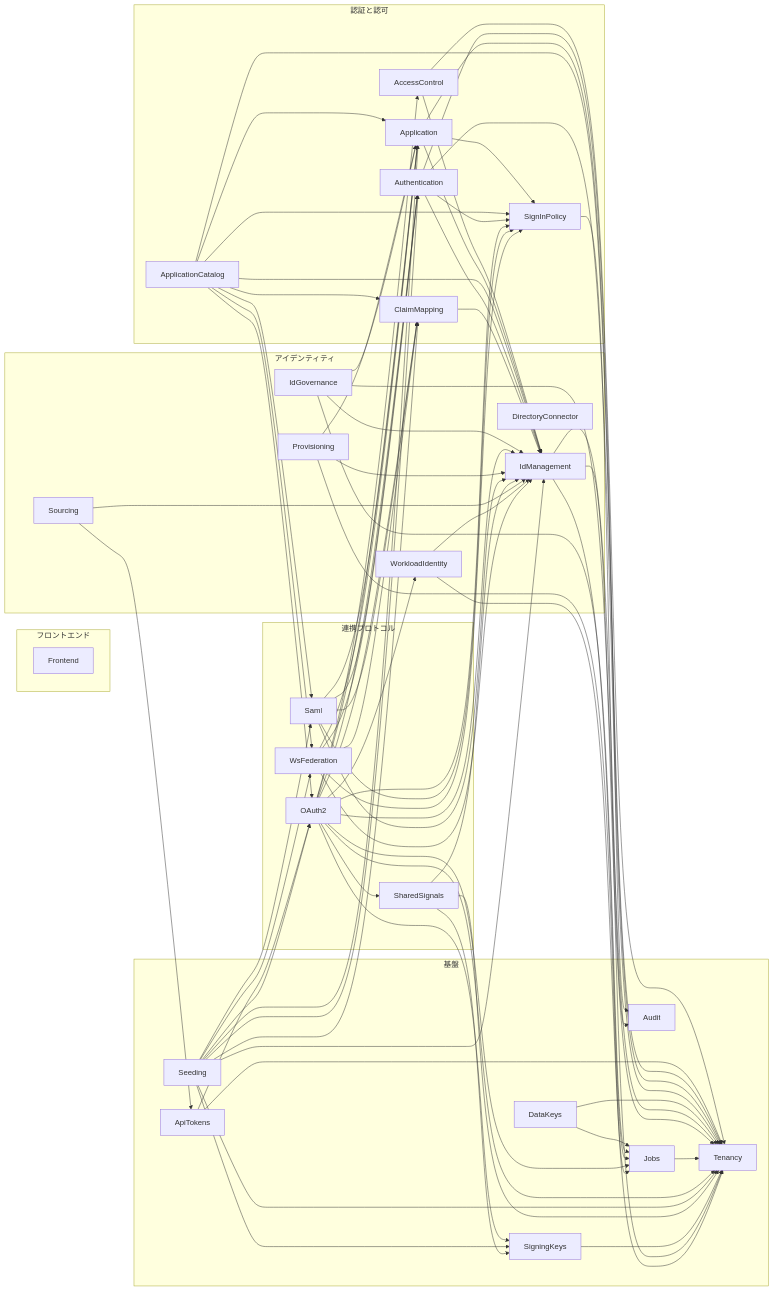
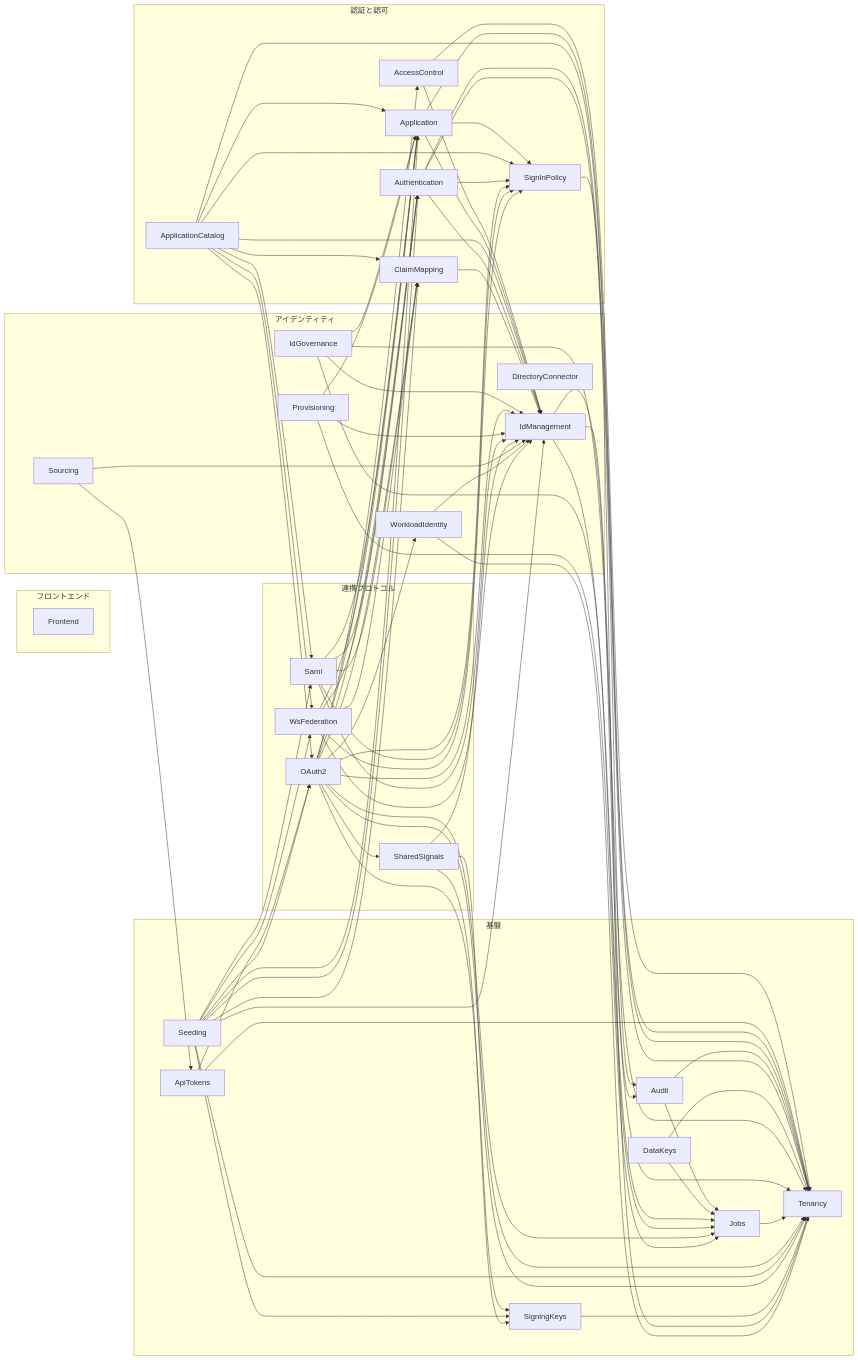
Before and after one commit to ambi/idmagic: the diagram in docs/modules/README.md, drawn with Mermaid. The commit also changed other lines of this file and 77 other files, not shown here.

First line of the commit message:
feat(audit): generate bounded exports through bulk jobs

```diff
--- a/docs/modules/README.md
+++ b/docs/modules/README.md
@@ -160,6 +160,8 @@
   ApplicationCatalog --> SignInPolicy
   ApplicationCatalog --> Tenancy
   ApplicationCatalog --> WsFederation
+  Audit --> Jobs
+  Audit --> Tenancy
   Authentication --> Audit
   Authentication --> IdManagement
   Authentication --> SignInPolicy
```
